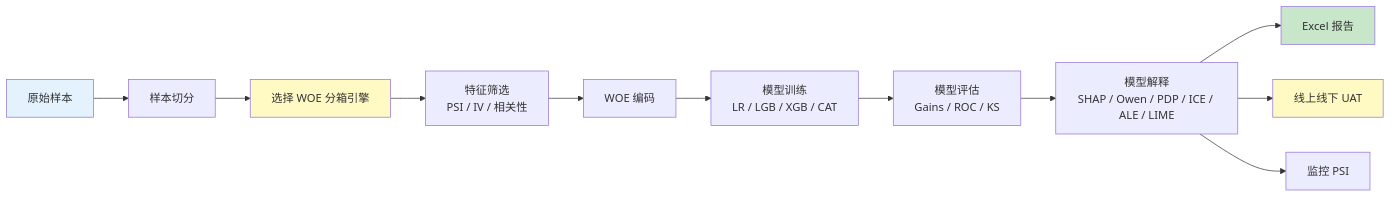
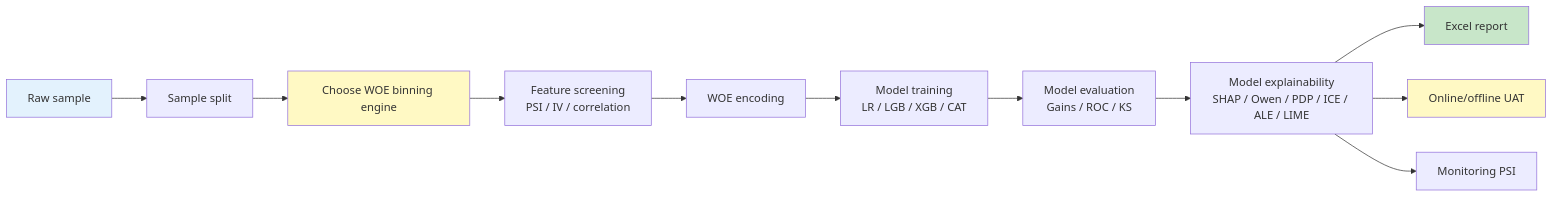
The diagram in docs/pipeline.md (Kyle-J-Sun/SuperModelingFactory_doc), drawn with Mermaid before and after one commit. The commit also changed other lines of this file and 52 other files, not shown here.

````diff
--- a/docs/pipeline.md
+++ b/docs/pipeline.md
@@ -9,18 +9,18 @@
 ```mermaid
 flowchart LR
-    A[原始样本] --> B[样本切分]
-    B --> C[选择 WOE 分箱引擎]
-    C --> D[特征筛选<br/>PSI / IV / 相关性]
-    D --> E[WOE 编码]
-    E --> F[模型训练<br/>LR / LGB / XGB / CAT]
-    F --> G[模型评估<br/>Gains / ROC / KS]
-    G --> H[模型解释<br/>SHAP / Owen / PDP / ICE / ALE / LIME]
-    H --> I[Excel 报告]
-    H --> J[线上线下 UAT]
-    H --> K[监控 PSI]
+    A[Raw sample] --> B[Sample split]
+    B --> C[Choose WOE binning engine]
+    C --> D[Feature screening<br/>PSI / IV / correlation]
+    D --> E[WOE encoding]
+    E --> F[Model training<br/>LR / LGB / XGB / CAT]
+    F --> G[Model evaluation<br/>Gains / ROC / KS]
+    G --> H[Model explainability<br/>SHAP / Owen / PDP / ICE / ALE / LIME]
+    H --> I[Excel report]
+    H --> J[Online/offline UAT]
+    H --> K[Monitoring PSI]
 
     style A fill:#e3f2fd
     style C fill:#fff9c4
     style I fill:#c8e6c9
     style J fill:#fff9c4
 ```
````
